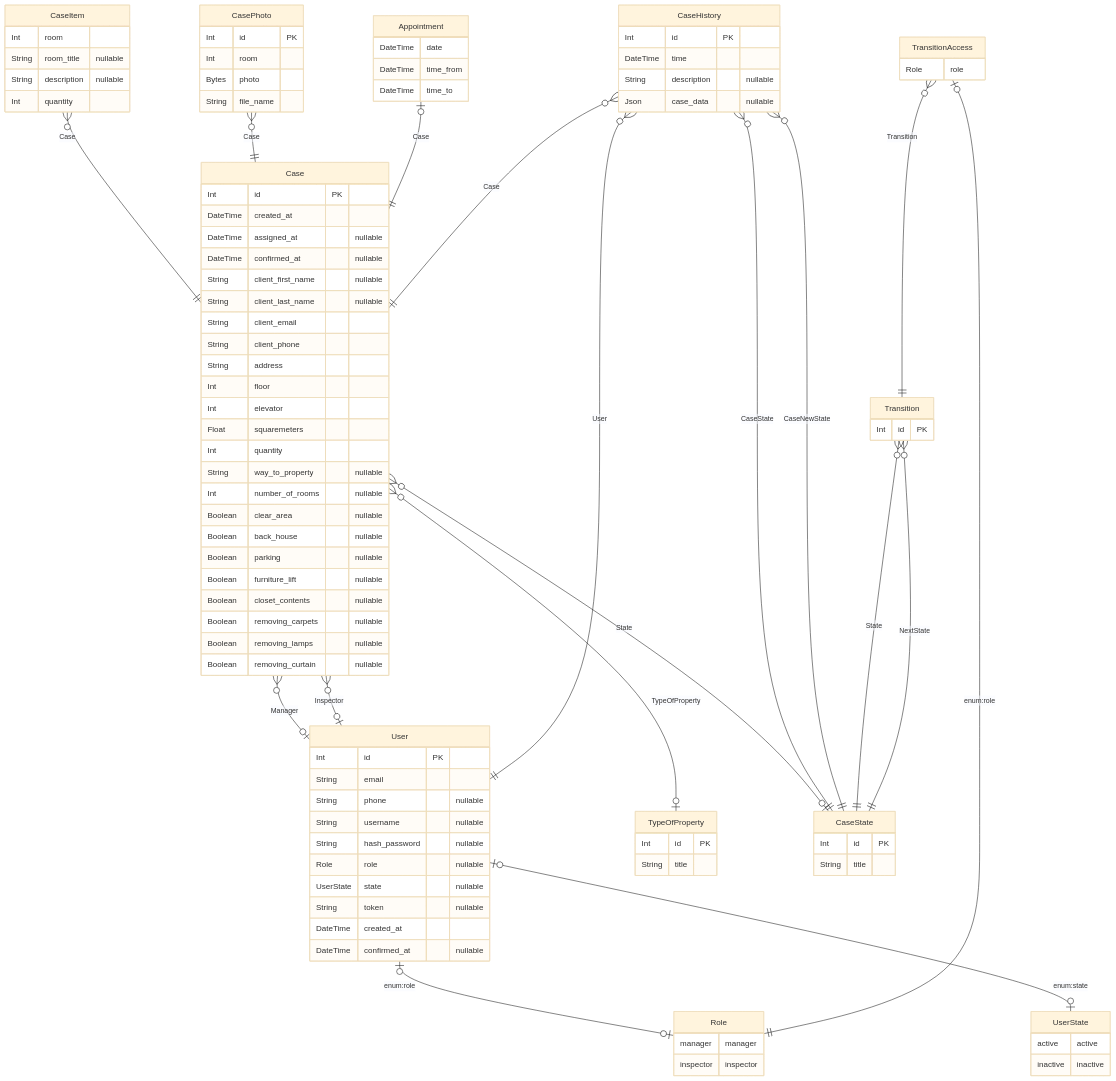
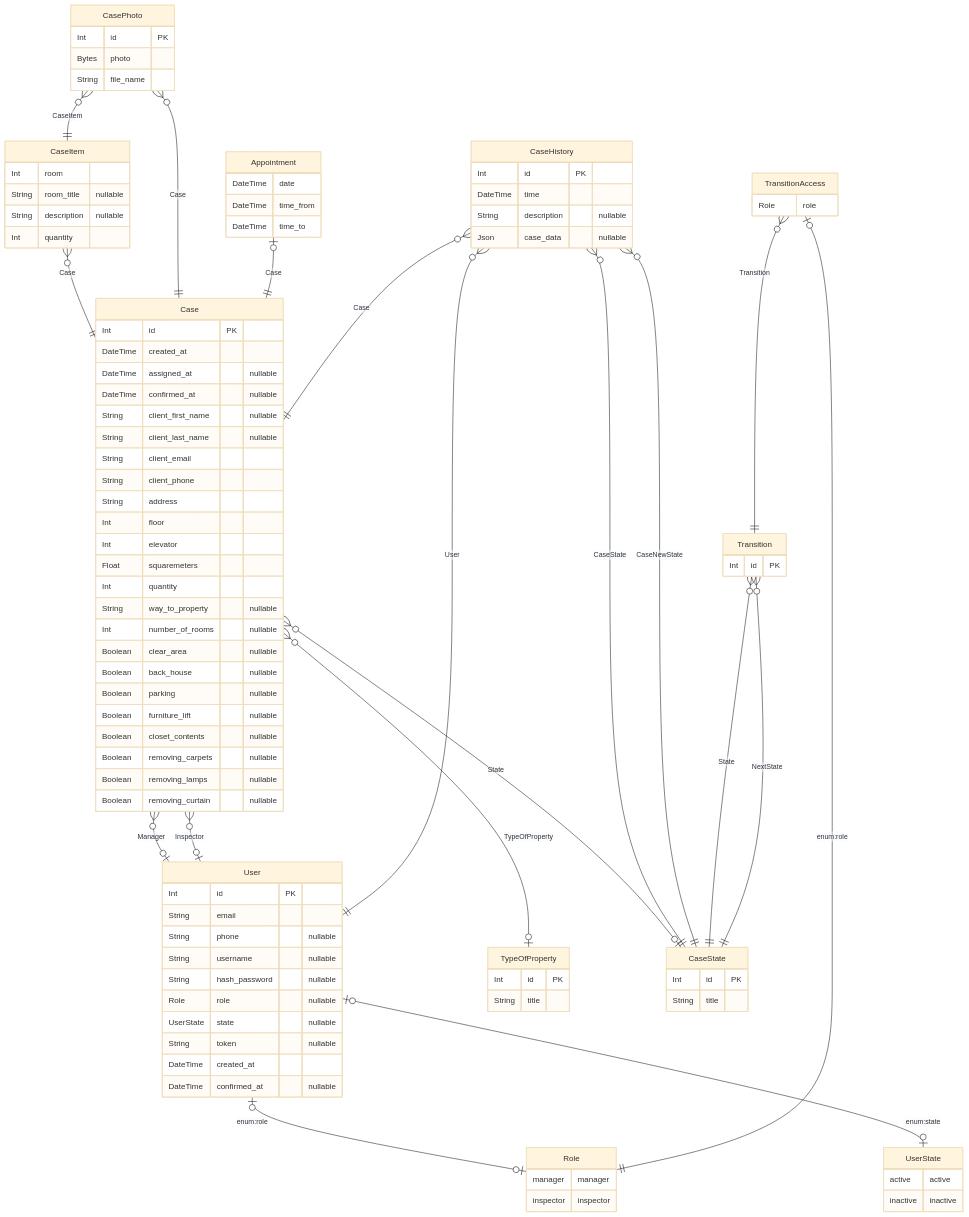
The diagram in prisma/ERD.md (arkadiyshin/remondis-backend), drawn with Mermaid (base theme) before and after one commit. The commit also changed 2 other files, not shown here.

Commit message:
feat(model): add relation between CaseItem and CasePhoto

```diff
--- a/prisma/ERD.md
+++ b/prisma/ERD.md
@@ -76,7 +76,6 @@
 
   CasePhoto {
     Int id PK 
-    Int room  
     Bytes photo  
     String file_name  
     }
@@ -114,6 +113,7 @@
     Case o{--|o User : "Inspector"
     CaseItem o{--|| Case : "Case"
     CasePhoto o{--|| Case : "Case"
+    CasePhoto o{--|| CaseItem : "CaseItem"
     Appointment o|--|| Case : "Case"
     CaseHistory o{--|| Case : "Case"
     CaseHistory o{--|| CaseState : "CaseState"
```
